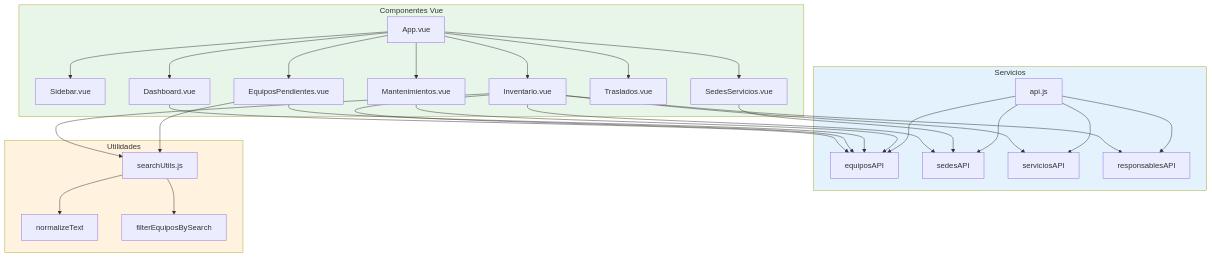
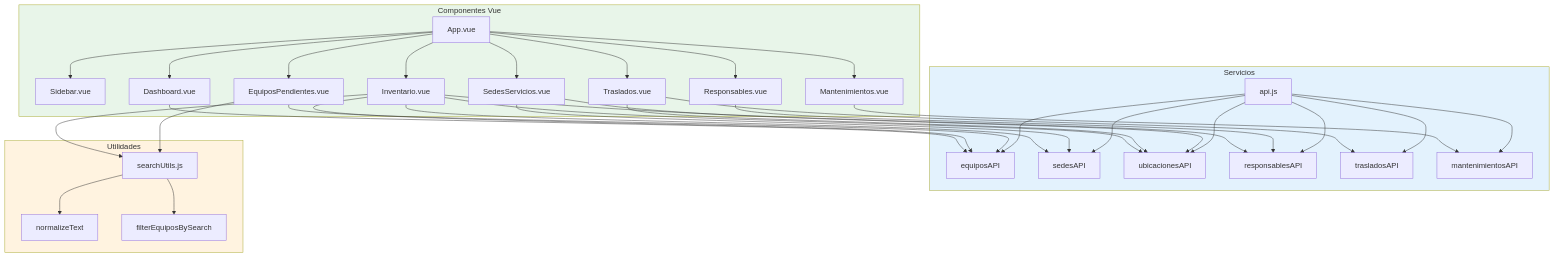
One commit to 2jcortesj2/Proyecto-LIME changed the fifth of 5 diagrams in DIAGRAMA_UML.md. Above: the diagram before and after it, drawn with Mermaid. The commit also changed other lines of this file and 1 other file, not shown here.

Commit message:
docs: update UML

````diff
--- a/DIAGRAMA_UML.md
+++ b/DIAGRAMA_UML.md
@@ -308,59 +312,69 @@
 ```mermaid
 graph TB
     subgraph Components["Componentes Vue"]
         App[App.vue]
         Sidebar[Sidebar.vue]
         Dashboard[Dashboard.vue]
         Inventario[Inventario.vue]
         Pendientes[EquiposPendientes.vue]
         Mantenimientos[Mantenimientos.vue]
         Traslados[Traslados.vue]
-        SedesServ[SedesServicios.vue]
+        SedesUbic[SedesServicios.vue]
+        Responsables[Responsables.vue]
     end
     
     subgraph Services["Servicios"]
         API[api.js]
         EquiposAPI[equiposAPI]
         SedesAPI[sedesAPI]
-        ServiciosAPI[serviciosAPI]
+        UbicacionesAPI[ubicacionesAPI]
         RespAPI[responsablesAPI]
+        TrasladosAPI[trasladosAPI]
+        MantenimientosAPI[mantenimientosAPI]
     end
     
     subgraph Utils["Utilidades"]
         SearchUtils[searchUtils.js]
         NormalizeText[normalizeText]
         FilterEquipos[filterEquiposBySearch]
     end
     
     App --> Sidebar
     App --> Dashboard
     App --> Inventario
     App --> Pendientes
     App --> Mantenimientos
     App --> Traslados
-    App --> SedesServ
+    App --> SedesUbic
+    App --> Responsables
     
     Dashboard --> EquiposAPI
     Inventario --> EquiposAPI
     Inventario --> SedesAPI
-    Inventario --> ServiciosAPI
+    Inventario --> UbicacionesAPI
     Inventario --> RespAPI
     Pendientes --> EquiposAPI
-    Mantenimientos --> EquiposAPI
-    SedesServ --> SedesAPI
+    Mantenimientos --> MantenimientosAPI
+    Traslados --> TrasladosAPI
+    Traslados --> UbicacionesAPI
+    SedesUbic --> SedesAPI
+    SedesUbic --> UbicacionesAPI
+    Responsables --> RespAPI
     
     Inventario --> SearchUtils
     Pendientes --> SearchUtils
     
     API --> EquiposAPI
     API --> SedesAPI
-    API --> ServiciosAPI
+    API --> UbicacionesAPI
     API --> RespAPI
+    API --> TrasladosAPI
+    API --> MantenimientosAPI
     
     SearchUtils --> NormalizeText
     SearchUtils --> FilterEquipos
     
     style Components fill:#e8f5e9
     style Services fill:#e3f2fd
     style Utils fill:#fff3e0
 ```
````
